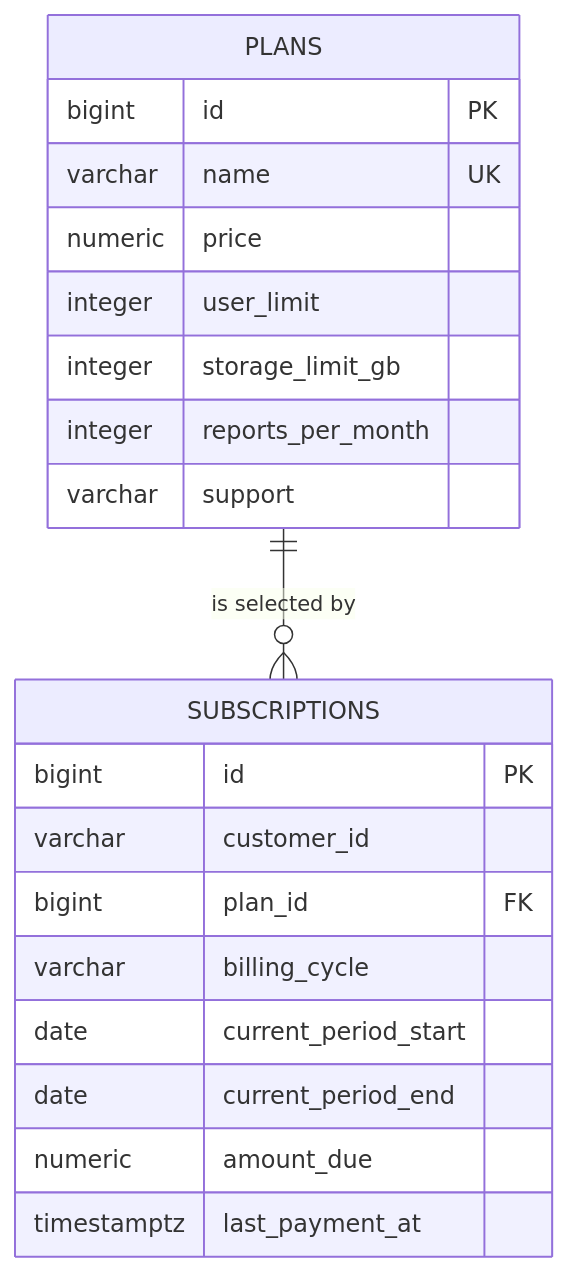
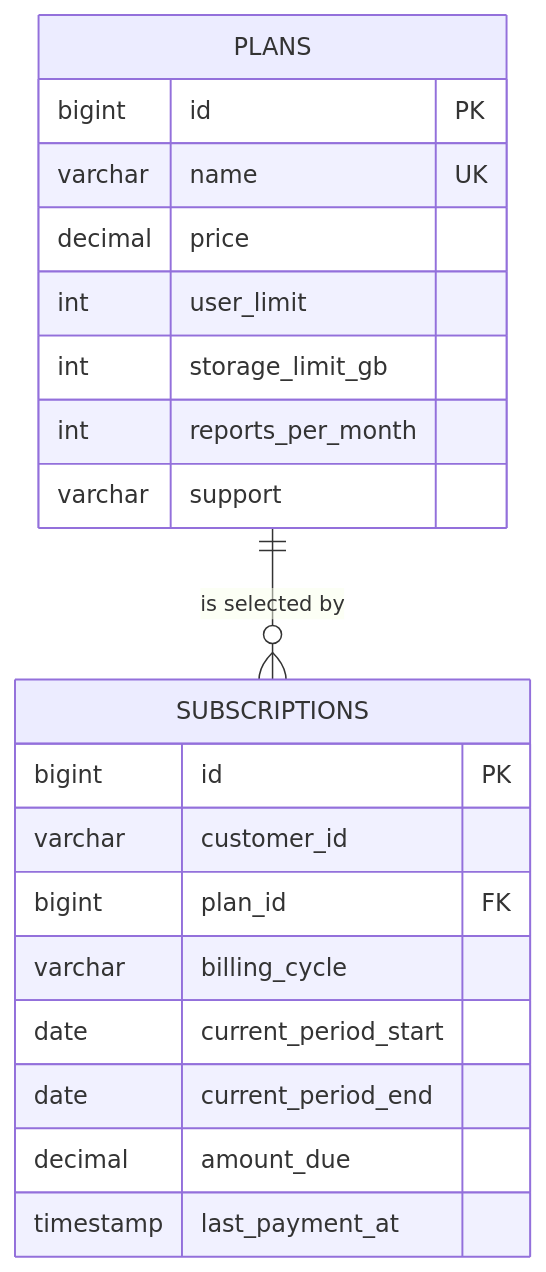
Before and after one commit to prathibha1nag/edabip-prathibha-api: the diagram in README.md, drawn with Mermaid. The commit also changed other lines of this file and 2 other files, not shown here.

````diff
--- a/README.md
+++ b/README.md
@@ -109,23 +109,23 @@
 ```mermaid
 erDiagram
     PLANS ||--o{ SUBSCRIPTIONS : "is selected by"
     PLANS {
         bigint id PK
         varchar name UK
-        numeric price
-        integer user_limit
-        integer storage_limit_gb
-        integer reports_per_month
+        decimal price
+        int user_limit
+        int storage_limit_gb
+        int reports_per_month
         varchar support
     }
     SUBSCRIPTIONS {
         bigint id PK
         varchar customer_id
         bigint plan_id FK
         varchar billing_cycle
         date current_period_start
         date current_period_end
-        numeric amount_due
-        timestamptz last_payment_at
+        decimal amount_due
+        timestamp last_payment_at
     }
 ```
````
